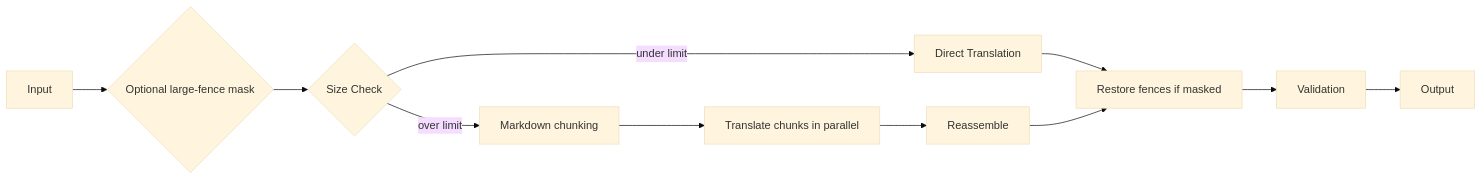
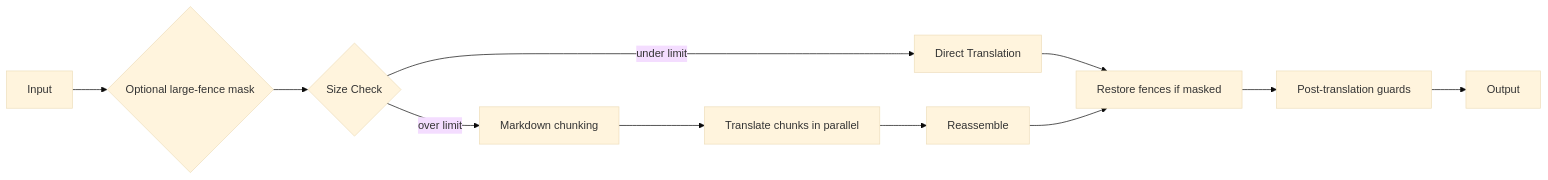
Before and after one commit to NivaldoFarias/translate-react: the third of 3 diagrams in docs/ARCHITECTURE.md, drawn with Mermaid (base theme). The commit also changed other lines of this file and 58 other files, not shown here.

````diff
--- a/docs/ARCHITECTURE.md
+++ b/docs/ARCHITECTURE.md
@@ -130,13 +144,13 @@
 ```mermaid
 graph LR
     A[Input] --> B{Optional large-fence mask}
     B --> C{Size Check}
     C -->|under limit| D[Direct Translation]
     C -->|over limit| E[Markdown chunking]
     E --> F[Translate chunks in parallel]
     F --> G[Reassemble]
     D --> H[Restore fences if masked]
     G --> H
-    H --> I[Validation]
+    H --> I[Post-translation guards]
     I --> J[Output]
 ```
````
